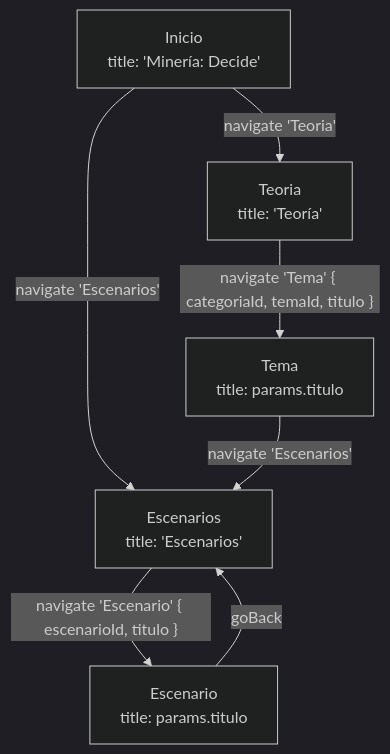
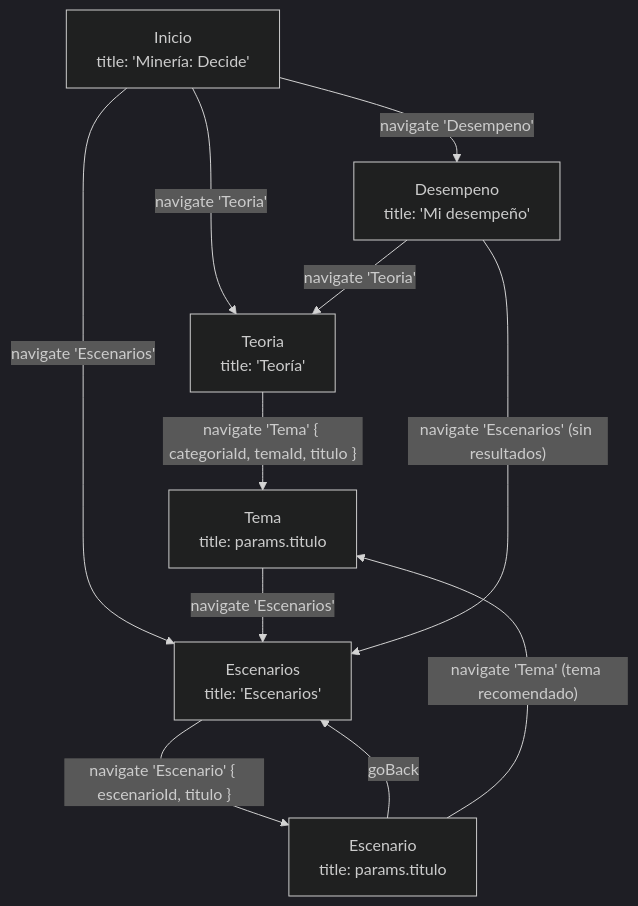
One commit to velandia3110/mineria-decide changed the second of 2 diagrams in docs/desarrollo/01-arquitectura.md. Above: the diagram before and after it, drawn with Mermaid (dark theme). The commit also changed other lines of this file and 9 other files, not shown here.

````diff
--- a/docs/desarrollo/01-arquitectura.md
+++ b/docs/desarrollo/01-arquitectura.md
@@ -43,9 +45,13 @@
 ```mermaid
 flowchart TD
   I["Inicio<br/>title: 'Minería: Decide'"] -->|navigate 'Teoria'| TE["Teoria<br/>title: 'Teoría'"]
   I -->|navigate 'Escenarios'| ESS["Escenarios<br/>title: 'Escenarios'"]
   TE -->|"navigate 'Tema' { categoriaId, temaId, titulo }"| TM["Tema<br/>title: params.titulo"]
   TM -->|navigate 'Escenarios'| ESS
   ESS -->|"navigate 'Escenario' { escenarioId, titulo }"| EC["Escenario<br/>title: params.titulo"]
   EC -->|goBack| ESS
+  EC -->|"navigate 'Tema' (tema recomendado)"| TM
+  I -->|navigate 'Desempeno'| DS["Desempeno<br/>title: 'Mi desempeño'"]
+  DS -->|navigate 'Teoria'| TE
+  DS -->|"navigate 'Escenarios' (sin resultados)"| ESS
 ```
````
